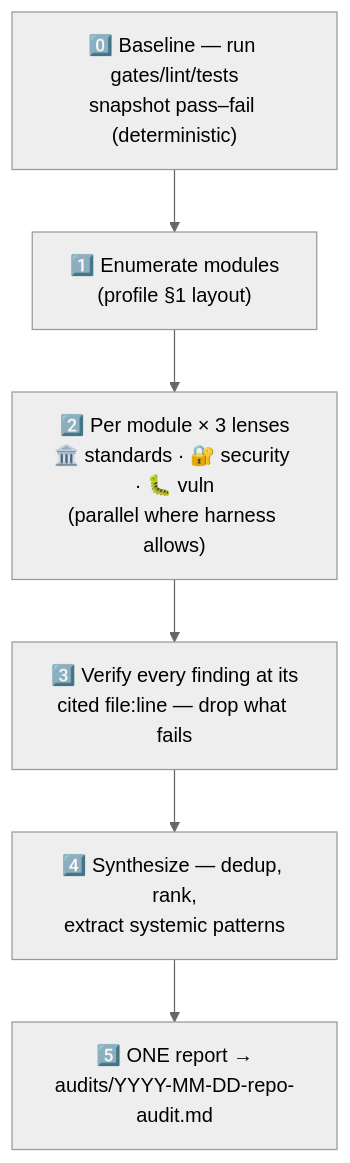
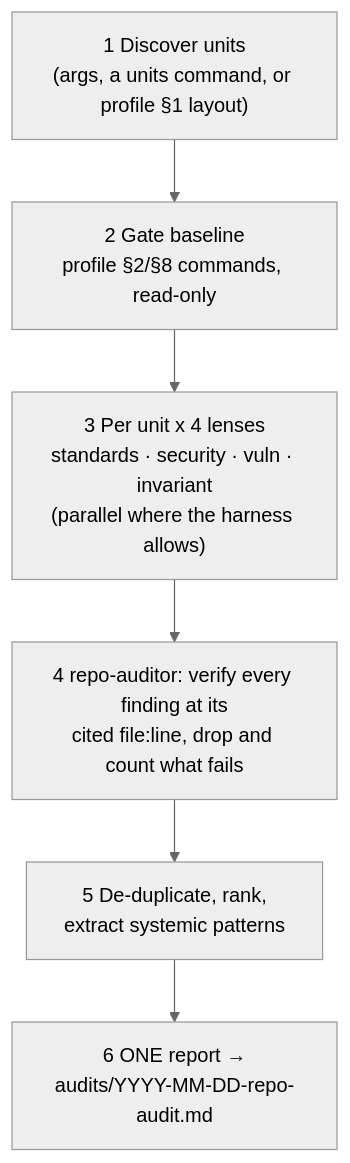
One commit to geopjinfo/builder-pipeline changed the diagram in skills-extra/repo-audit/SKILL.md. Above: the diagram before and after it, drawn with Mermaid (neutral theme). The commit also changed other lines of this file and 111 other files, not shown here.

First line of the commit message:
feat: 0.13.0 — every rule the pack stated without a command now has one

````diff
--- a/skills-extra/repo-audit/SKILL.md
+++ b/skills-extra/repo-audit/SKILL.md
@@ -14,8 +15,8 @@
 ```mermaid
 flowchart TD
-    BASE["0️⃣ Baseline — run gates/lint/tests<br/>snapshot pass–fail (deterministic)"] --> ENUM["1️⃣ Enumerate modules<br/>(profile §1 layout)"]
-    ENUM --> FAN["2️⃣ Per module × 3 lenses<br/>🏛️ standards · 🔐 security · 🐛 vuln<br/>(parallel where harness allows)"]
-    FAN --> VER["3️⃣ Verify every finding at its<br/>cited file:line — drop what fails"]
-    VER --> SYN["4️⃣ Synthesize — dedup, rank,<br/>extract systemic patterns"]
-    SYN --> REP["5️⃣ ONE report →<br/>audits/YYYY-MM-DD-repo-audit.md"]
+    ENUM["1 Discover units<br/>(args, a units command, or profile §1 layout)"] --> BASE["2 Gate baseline<br/>profile §2/§8 commands, read-only"]
+    BASE --> FAN["3 Per unit x 4 lenses<br/>standards · security · vuln · invariant<br/>(parallel where the harness allows)"]
+    FAN --> VER["4 repo-auditor: verify every finding at its<br/>cited file:line, drop and count what fails"]
+    VER --> SYN["5 De-duplicate, rank,<br/>extract systemic patterns"]
+    SYN --> REP["6 ONE report →<br/>audits/YYYY-MM-DD-repo-audit.md"]
 ```
````
